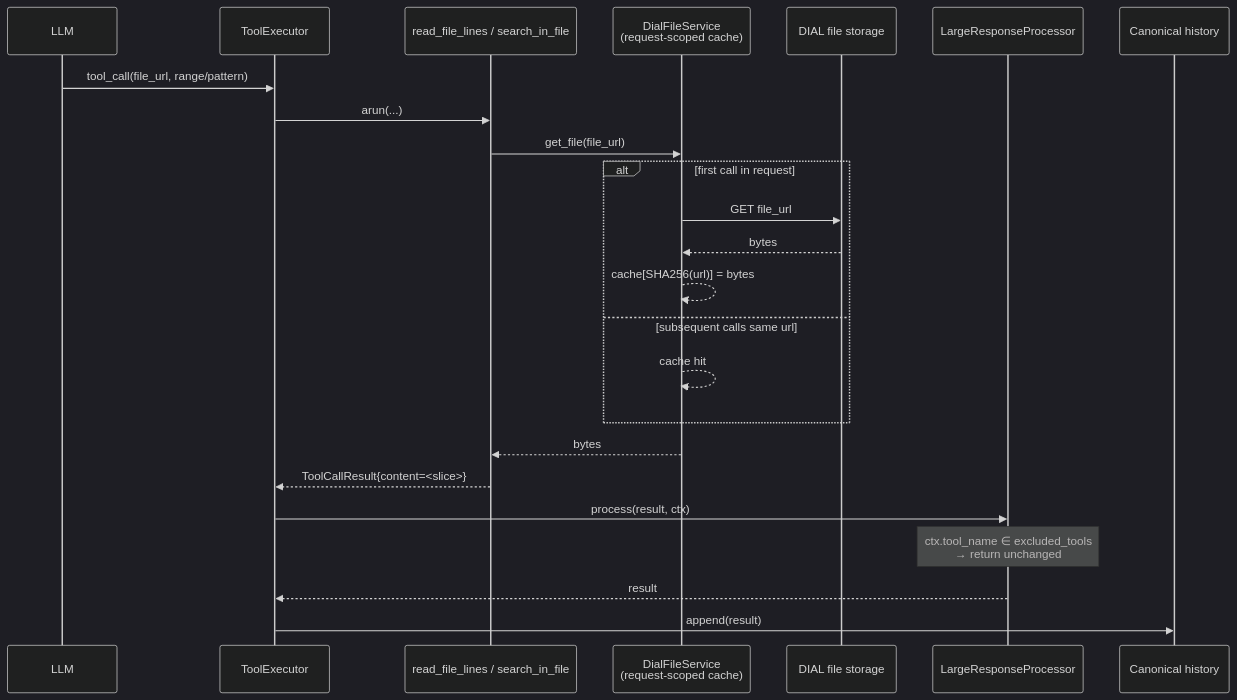
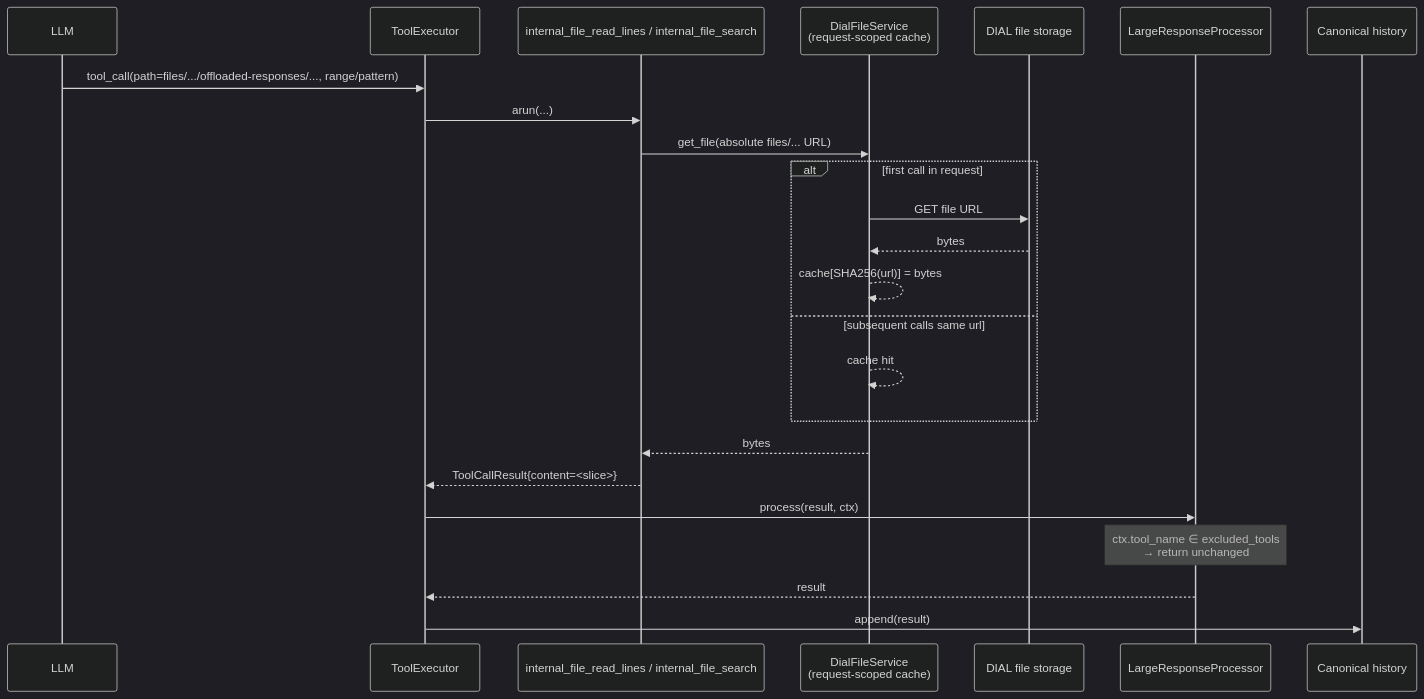
The fourth of 4 diagrams in docs/designs/large_tool_responses.md (epam/ai-dial-quickapps-backend), drawn with Mermaid (dark theme) before and after one commit. The commit also changed other lines of this file, not shown here.

First line of the commit message:
docs: rework large-tool-response design onto DIAL files tooling

````diff
--- a/docs/designs/large_tool_responses.md
+++ b/docs/designs/large_tool_responses.md
@@ -251,27 +256,27 @@
 ```mermaid
 sequenceDiagram
     participant LLM
     participant TE as ToolExecutor
-    participant Tool as read_file_lines / search_in_file
+    participant Tool as internal_file_read_lines / internal_file_search
     participant DFS as DialFileService<br/>(request-scoped cache)
     participant DIAL as DIAL file storage
     participant LRP as LargeResponseProcessor
     participant Hist as Canonical history
 
-    LLM->>TE: tool_call(file_url, range/pattern)
+    LLM->>TE: tool_call(path=files/.../offloaded-responses/..., range/pattern)
     TE->>Tool: arun(...)
-    Tool->>DFS: get_file(file_url)
+    Tool->>DFS: get_file(absolute files/... URL)
     alt first call in request
-        DFS->>DIAL: GET file_url
+        DFS->>DIAL: GET file URL
         DIAL-->>DFS: bytes
         DFS-->>DFS: cache[SHA256(url)] = bytes
     else subsequent calls same url
         DFS-->>DFS: cache hit
     end
     DFS-->>Tool: bytes
     Tool-->>TE: ToolCallResult{content=<slice>}
     TE->>LRP: process(result, ctx)
     Note over LRP: ctx.tool_name ∈ excluded_tools<br/>→ return unchanged
     LRP-->>TE: result
     TE->>Hist: append(result)
 ```
````
